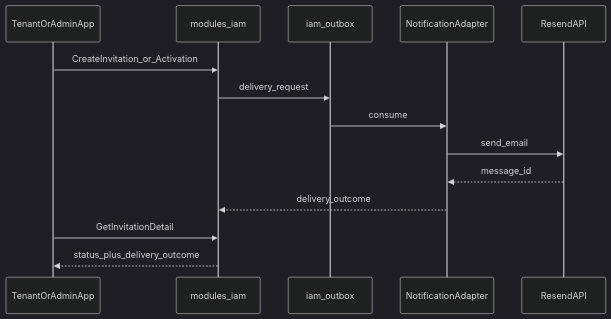
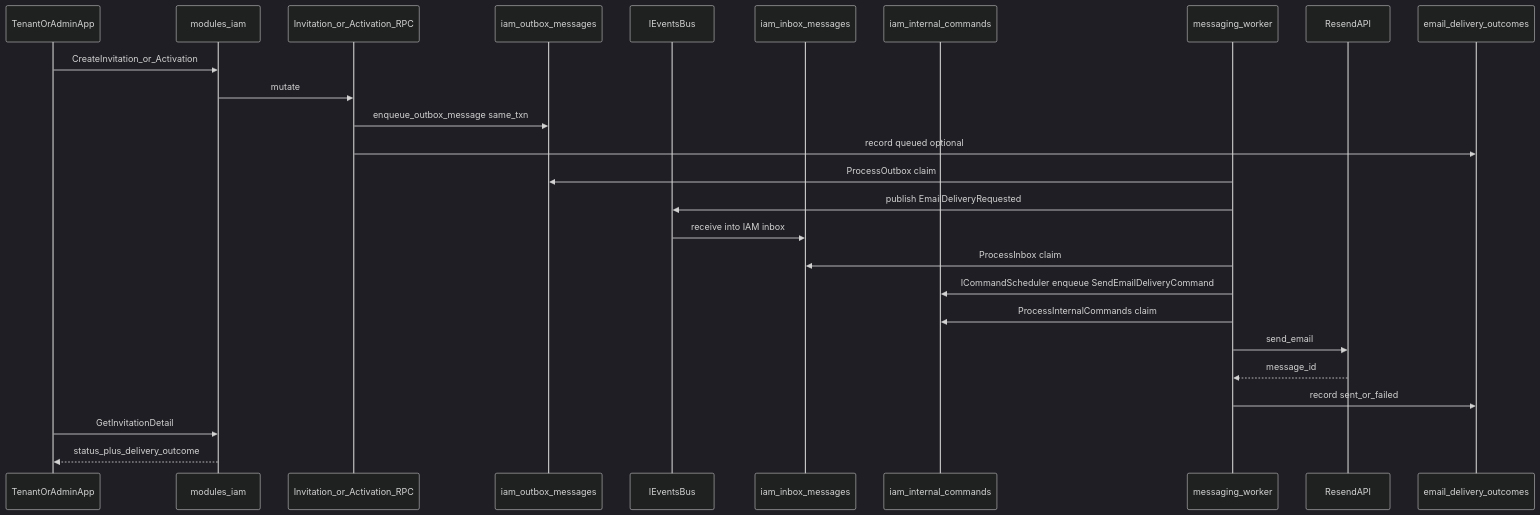
The first of 2 diagrams in docs/themes/TH-01-organization-users/harness/03-architecture-and-flows.md (DsChien102/erp-sales-inventory), drawn with Mermaid (dark theme) before and after one commit. The commit also changed other lines of this file and 5 other files, not shown here.

First line of the commit message:
feat(organization-users): enhance messaging architecture and documentation

````diff
--- a/docs/themes/TH-01-organization-users/harness/03-architecture-and-flows.md
+++ b/docs/themes/TH-01-organization-users/harness/03-architecture-and-flows.md
@@ -19,17 +19,29 @@
 ```mermaid
 sequenceDiagram
   participant App as TenantOrAdminApp
   participant IAM as modules_iam
-  participant Outbox as iam_outbox
-  participant Notif as NotificationAdapter
+  participant RPC as Invitation_or_Activation_RPC
+  participant OB as iam_outbox_messages
+  participant Bus as IEventsBus
+  participant IB as iam_inbox_messages
+  participant IC as iam_internal_commands
+  participant W as messaging_worker
   participant Resend as ResendAPI
+  participant Out as email_delivery_outcomes
 
   App->>IAM: CreateInvitation_or_Activation
-  IAM->>Outbox: delivery_request
-  Outbox->>Notif: consume
-  Notif->>Resend: send_email
-  Resend-->>Notif: message_id
-  Notif-->>IAM: delivery_outcome
+  IAM->>RPC: mutate
+  RPC->>OB: enqueue_outbox_message same_txn
+  RPC->>Out: record queued optional
+  W->>OB: ProcessOutbox claim
+  W->>Bus: publish EmailDeliveryRequested
+  Bus->>IB: receive into IAM inbox
+  W->>IB: ProcessInbox claim
+  W->>IC: ICommandScheduler enqueue SendEmailDeliveryCommand
+  W->>IC: ProcessInternalCommands claim
+  W->>Resend: send_email
+  Resend-->>W: message_id
+  W->>Out: record sent_or_failed
   App->>IAM: GetInvitationDetail
   IAM-->>App: status_plus_delivery_outcome
 ```
````
